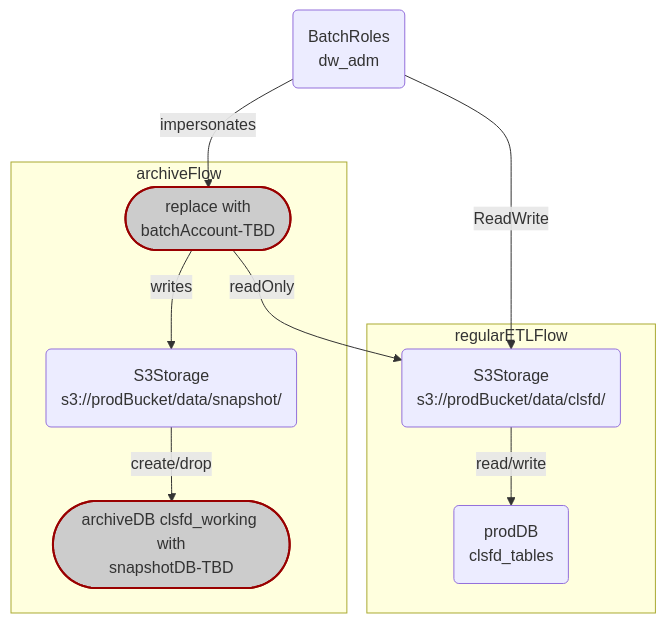
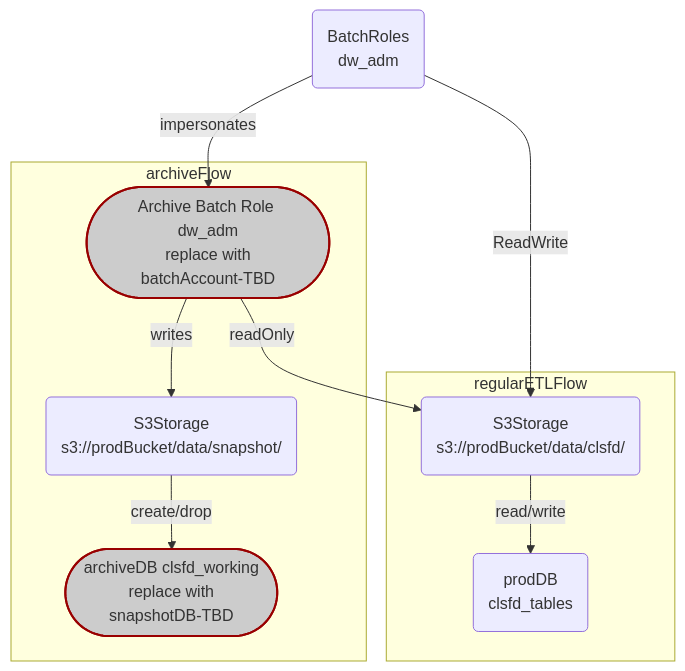
One commit to chewuchewuchewu/mermaidDiagrams changed the diagram in datagovernance-snapshot-enhanceACL.md. Above: the diagram before and after it, drawn with Mermaid.

````diff
--- a/datagovernance-snapshot-enhanceACL.md
+++ b/datagovernance-snapshot-enhanceACL.md
@@ -1,15 +1,15 @@
 ```mermaid
 graph TD
     dw_adm(BatchRoles<br>dw_adm)-->|ReadWrite|Prod
-    dw_adm-->|impersonates|archiveBatchRole([replace with<br>batchAccount-TBD])
+    dw_adm-->|impersonates|archiveBatchRole([Archive Batch Role dw_adm<br>replace with<br>batchAccount-TBD])
     subgraph regularETLFlow
         Prod("S3Storage<br>s3://prodBucket/data/clsfd/")-->|read/write|prodTables(prodDB<br>clsfd_tables)
     end
     subgraph archiveFlow
         archiveBatchRole--> |readOnly|Prod
-        archiveBatchRole--> |writes|ArchiveStorage("S3Storage<br>s3://prodBucket/data/snapshot/")-->|create/drop|archiveTables([archiveDB clsfd_working with<br>snapshotDB-TBD])
+        archiveBatchRole--> |writes|ArchiveStorage("S3Storage<br>s3://prodBucket/data/snapshot/")-->|create/drop|archiveTables([archiveDB clsfd_working <br>replace with<br>snapshotDB-TBD])
     end
 
      style archiveBatchRole fill:#ccc,stroke:#900,stroke-width:2px
      style archiveTables fill:#ccc,stroke:#900,stroke-width:2px
 ```
````
